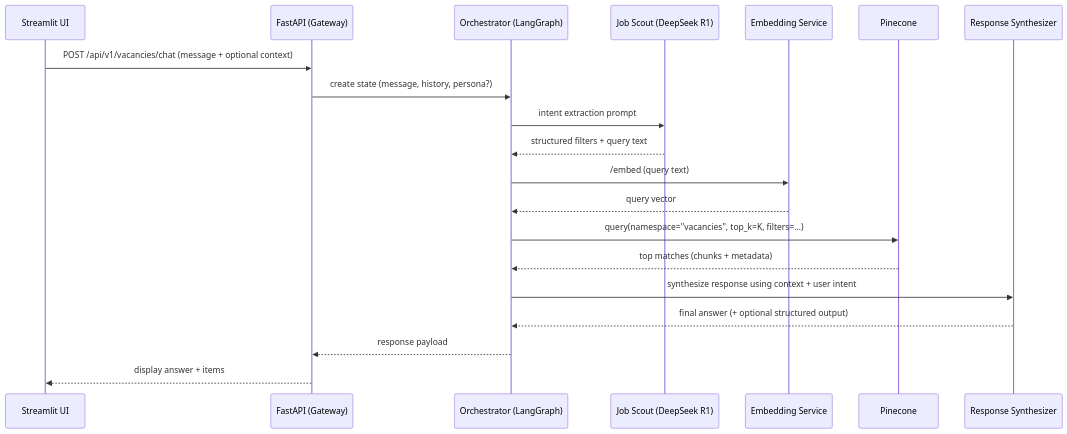
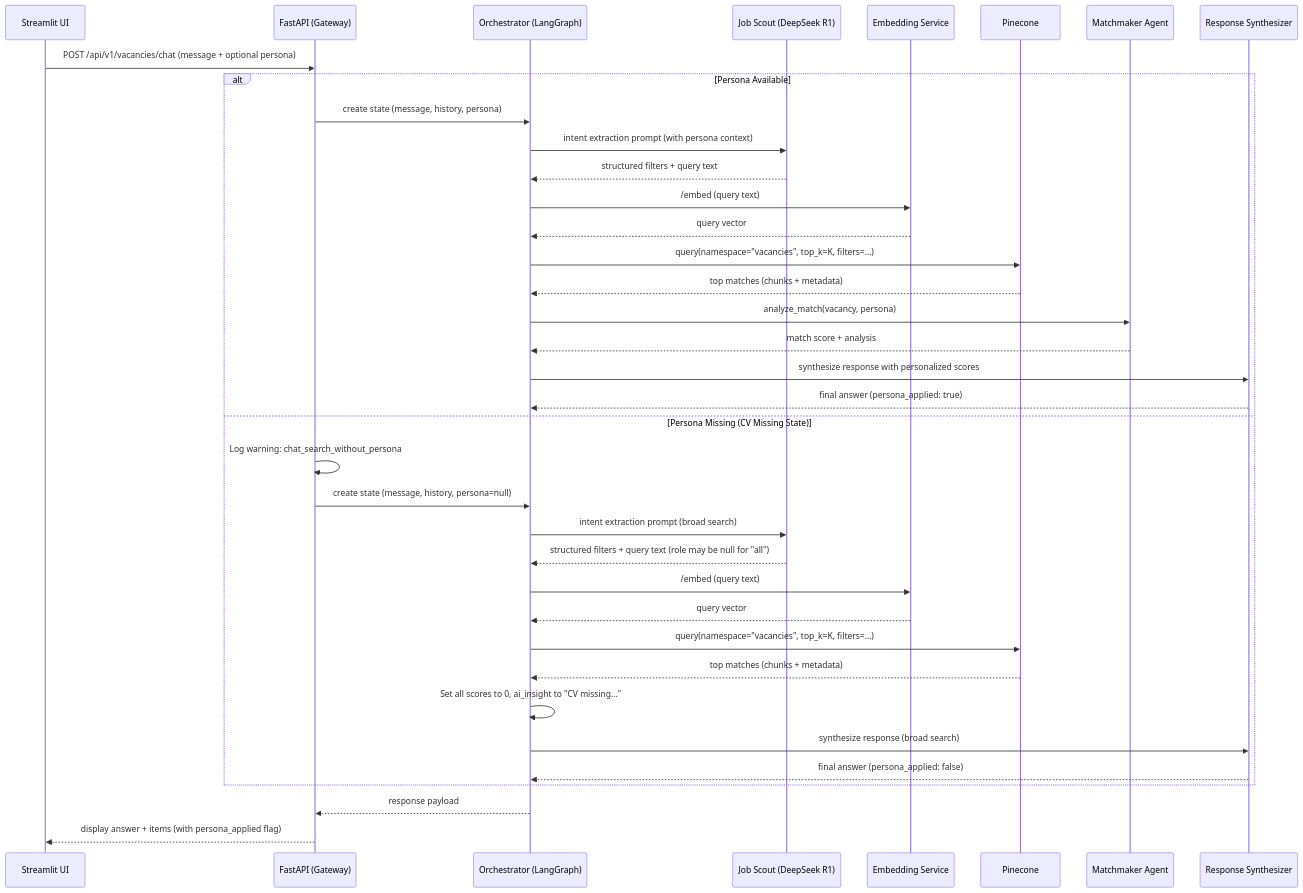
Before and after one commit to kkonst-bond-edu/funds-search: the first of 3 diagrams in docs/architecture.md, drawn with Mermaid. The commit also changed 14 other files, not shown here.

````diff
--- a/docs/architecture.md
+++ b/docs/architecture.md
@@ -45,23 +45,42 @@
 ```mermaid
 sequenceDiagram
     participant UI as Streamlit UI
     participant API as FastAPI (Gateway)
     participant ORC as Orchestrator (LangGraph)
     participant LLM as Job Scout (DeepSeek R1)
     participant EMB as Embedding Service
     participant PC as Pinecone
+    participant MM as Matchmaker Agent
     participant SYN as Response Synthesizer
 
-    UI->>API: POST /api/v1/vacancies/chat (message + optional context)
-    API->>ORC: create state (message, history, persona?)
-    ORC->>LLM: intent extraction prompt
-    LLM-->>ORC: structured filters + query text
-    ORC->>EMB: /embed (query text)
-    EMB-->>ORC: query vector
-    ORC->>PC: query(namespace="vacancies", top_k=K, filters=…)
-    PC-->>ORC: top matches (chunks + metadata)
-    ORC->>SYN: synthesize response using context + user intent
-    SYN-->>ORC: final answer (+ optional structured output)
+    UI->>API: POST /api/v1/vacancies/chat (message + optional persona)
+    
+    alt Persona Available
+        API->>ORC: create state (message, history, persona)
+        ORC->>LLM: intent extraction prompt (with persona context)
+        LLM-->>ORC: structured filters + query text
+        ORC->>EMB: /embed (query text)
+        EMB-->>ORC: query vector
+        ORC->>PC: query(namespace="vacancies", top_k=K, filters=…)
+        PC-->>ORC: top matches (chunks + metadata)
+        ORC->>MM: analyze_match(vacancy, persona)
+        MM-->>ORC: match score + analysis
+        ORC->>SYN: synthesize response with personalized scores
+        SYN-->>ORC: final answer (persona_applied: true)
+    else Persona Missing (CV Missing State)
+        API->>API: Log warning: chat_search_without_persona
+        API->>ORC: create state (message, history, persona=null)
+        ORC->>LLM: intent extraction prompt (broad search)
+        LLM-->>ORC: structured filters + query text (role may be null for "all")
+        ORC->>EMB: /embed (query text)
+        EMB-->>ORC: query vector
+        ORC->>PC: query(namespace="vacancies", top_k=K, filters=…)
+        PC-->>ORC: top matches (chunks + metadata)
+        ORC->>ORC: Set all scores to 0, ai_insight to "CV missing..."
+        ORC->>SYN: synthesize response (broad search)
+        SYN-->>ORC: final answer (persona_applied: false)
+    end
+    
     ORC-->>API: response payload
-    API-->>UI: display answer + items
+    API-->>UI: display answer + items (with persona_applied flag)
 ```
````
